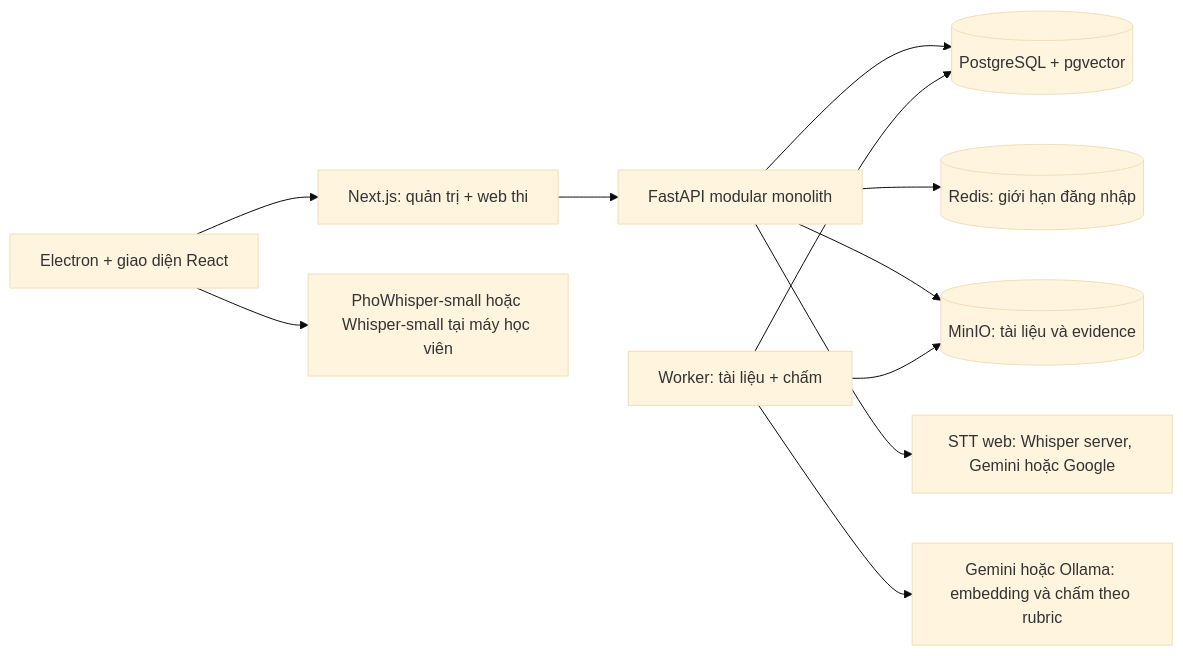
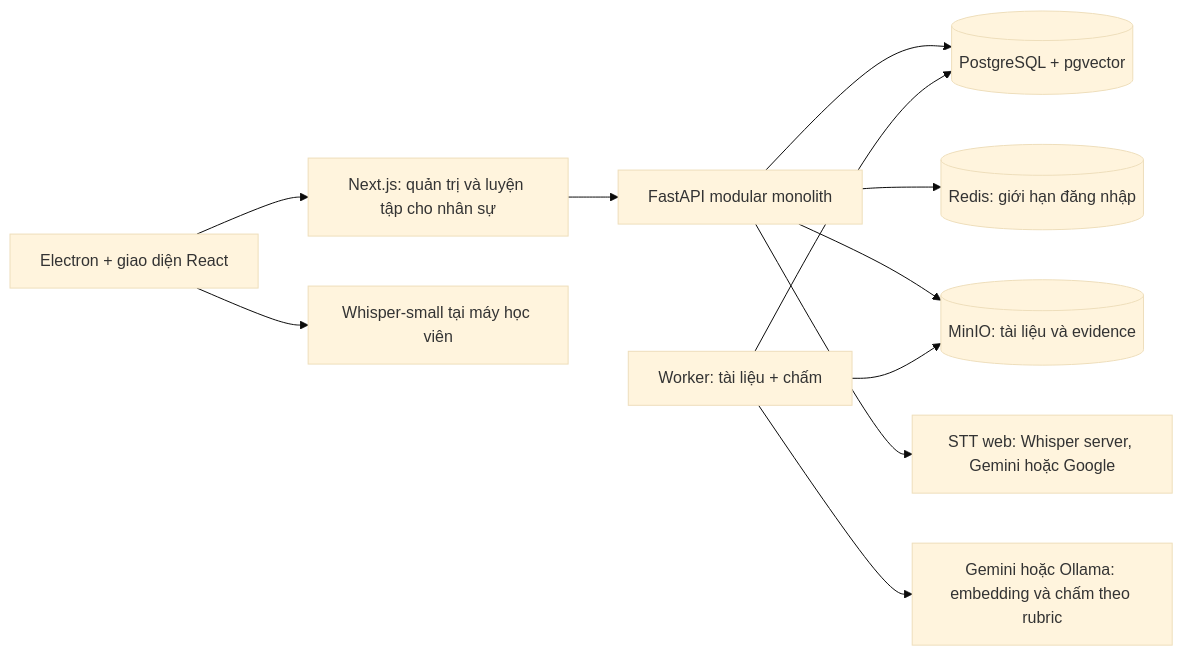
The diagram in docs/architecture/phase-1.md (NCKH-LongT/AI-Oral-Assessment-Platform), drawn with Mermaid (base theme) before and after one commit. The commit also changed other lines of this file and 37 other files, not shown here.

````diff
--- a/docs/architecture/phase-1.md
+++ b/docs/architecture/phase-1.md
@@ -18,13 +18,13 @@
 ```mermaid
 flowchart LR
-  Web[Next.js: quản trị + web thi] --> API[FastAPI modular monolith]
+  Web[Next.js: quản trị và luyện tập cho nhân sự] --> API[FastAPI modular monolith]
   Electron[Electron + giao diện React] --> Web
-  Electron --> LocalSTT[PhoWhisper-small hoặc Whisper-small tại máy học viên]
+  Electron --> LocalSTT[Whisper-small tại máy học viên]
   API --> PG[(PostgreSQL + pgvector)]
   API --> Redis[(Redis: giới hạn đăng nhập)]
   API --> S3[(MinIO: tài liệu và evidence)]
   API --> STT[STT web: Whisper server, Gemini hoặc Google]
   Worker[Worker: tài liệu + chấm] --> PG
   Worker --> S3
   Worker --> AI[Gemini hoặc Ollama: embedding và chấm theo rubric]
 ```
````
